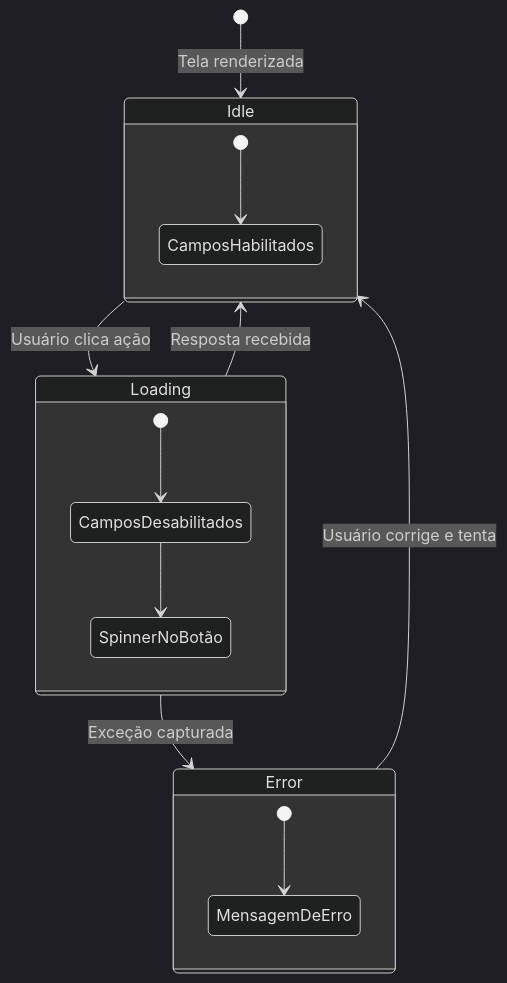
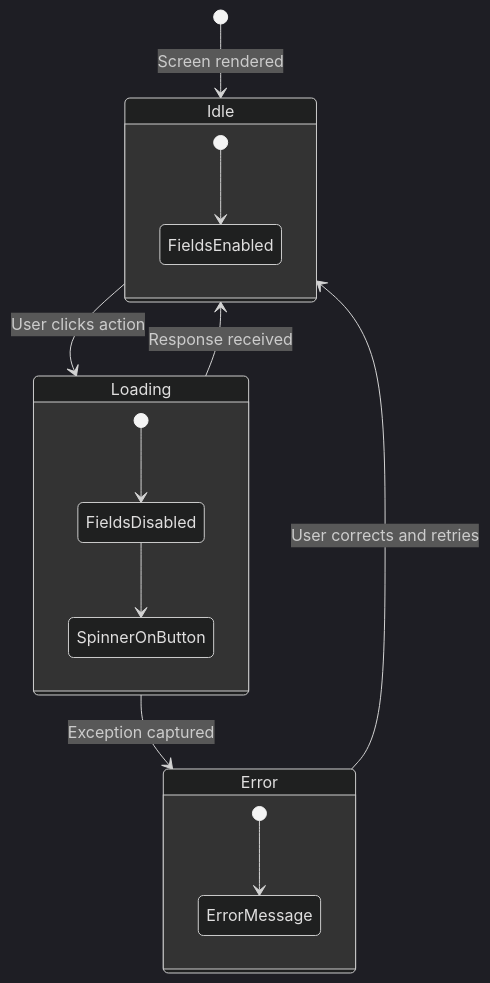
One commit to mrcdom/wdc-cube-kotlin changed the ninth of 9 diagrams in docs/architecture-cube-compose.md. Above: the diagram before and after it, drawn with Mermaid (dark theme). The commit also changed other lines of this file and 10 other files, not shown here.

First line of the commit message:
docs: architecture docs and top-level READMEs in US English

````diff
--- a/docs/architecture-cube-compose.md
+++ b/docs/architecture-cube-compose.md
@@ -568,21 +568,21 @@
 ```mermaid
 stateDiagram-v2
-    [*] --> Idle: Tela renderizada
-    Idle --> Loading: Usuário clica ação
-    Loading --> Idle: Resposta recebida
-    Loading --> Error: Exceção capturada
-    Error --> Idle: Usuário corrige e tenta
+    [*] --> Idle: Screen rendered
+    Idle --> Loading: User clicks action
+    Loading --> Idle: Response received
+    Loading --> Error: Exception captured
+    Error --> Idle: User corrects and retries
 
     state Idle {
-        [*] --> CamposHabilitados
+        [*] --> FieldsEnabled
     }
 
     state Loading {
-        [*] --> CamposDesabilitados
-        CamposDesabilitados --> SpinnerNoBotão
+        [*] --> FieldsDisabled
+        FieldsDisabled --> SpinnerOnButton
     }
 
     state Error {
-        [*] --> MensagemDeErro
+        [*] --> ErrorMessage
     }
 ```
````
